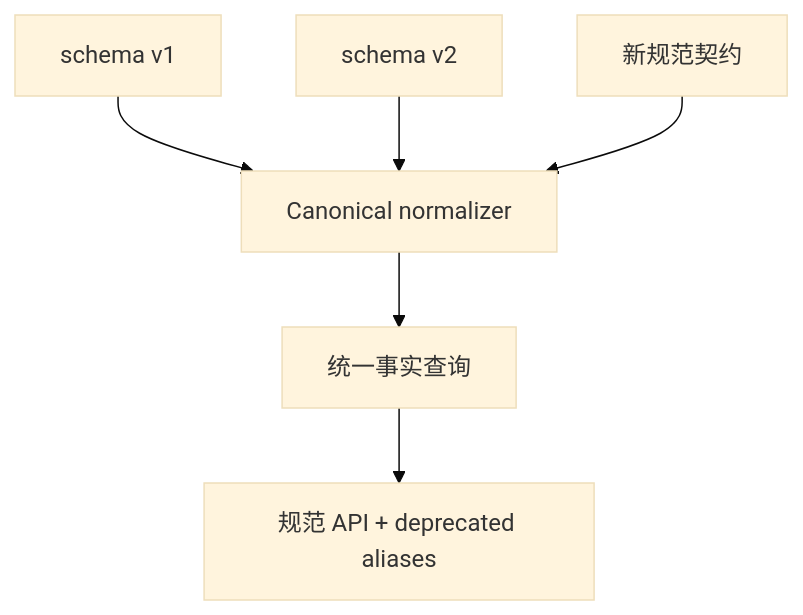
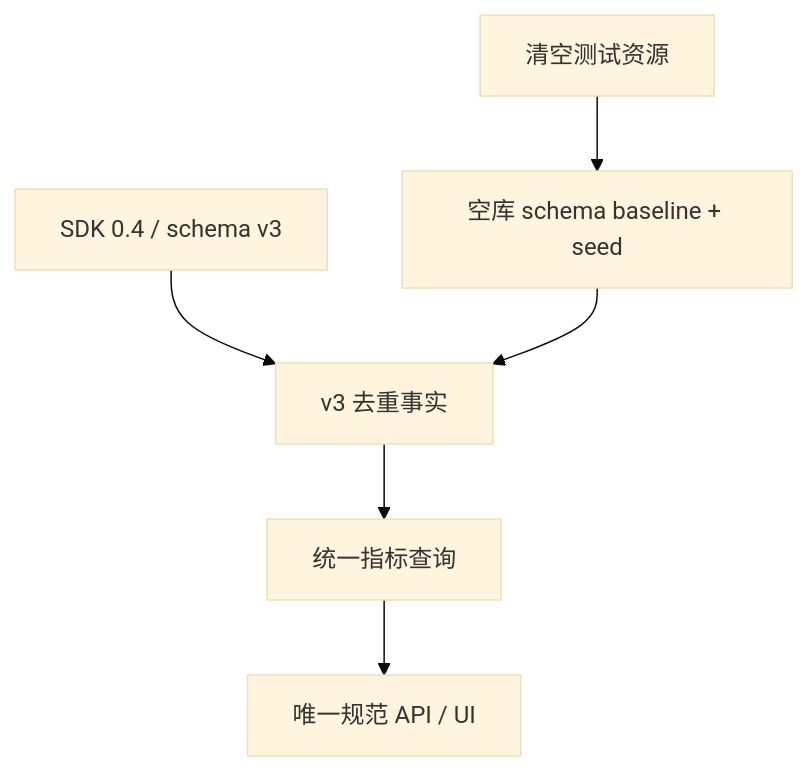
Before and after one commit to captainamari/frontend-insight: the second of 2 diagrams in docs/planning/mvp-plan-v1.4.md, drawn with Mermaid (base theme). The commit also changed other lines of this file and 2 other files, not shown here.

````diff
--- a/docs/planning/mvp-plan-v1.4.md
+++ b/docs/planning/mvp-plan-v1.4.md
@@ -109,8 +112,8 @@
 ```mermaid
 flowchart TD
-    V1["schema v1"] --> N["Canonical normalizer"]
-    V2["schema v2"] --> N
-    V3["新规范契约"] --> N
-    N --> Q["统一事实查询"]
-    Q --> A["规范 API + deprecated aliases"]
+    R["清空测试资源"] --> B["空库 schema baseline + seed"]
+    V3["SDK 0.4 / schema v3"] --> F["v3 去重事实"]
+    B --> F
+    F --> Q["统一指标查询"]
+    Q --> A["唯一规范 API / UI"]
 ```
````
